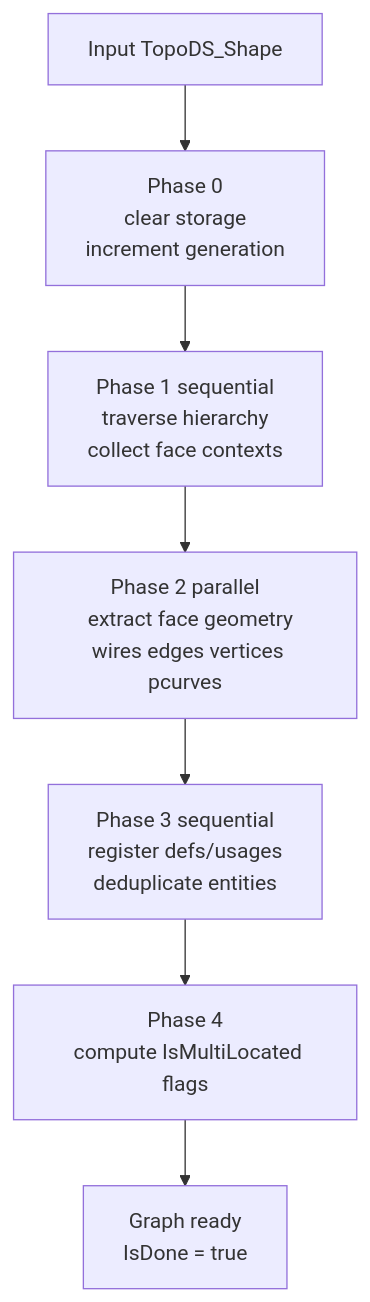
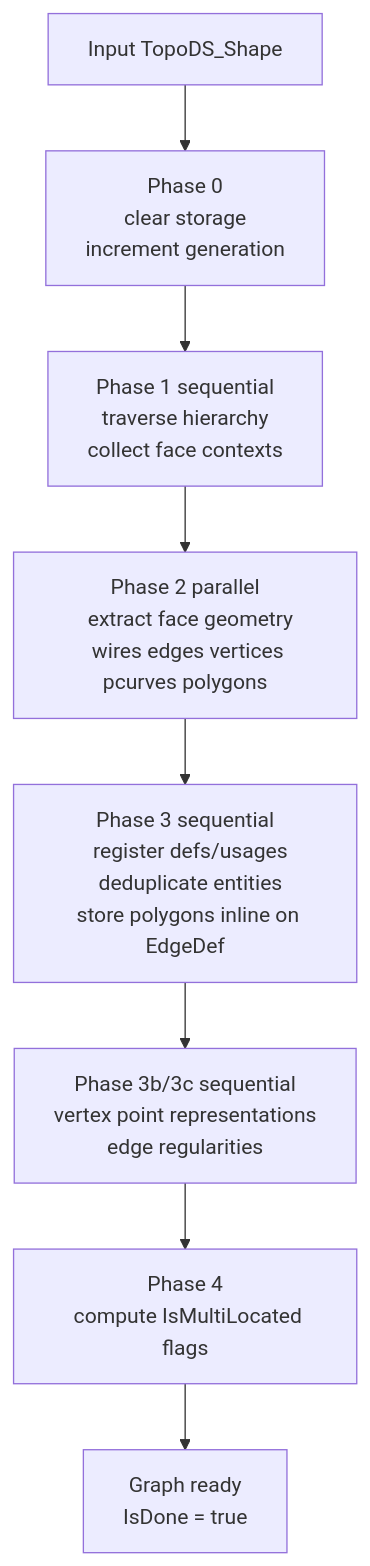
One commit to Open-Cascade-SAS/OCCT changed the third of 5 diagrams in src/ModelingData/TKBRep/BRepGraph/README.md. Above: the diagram before and after it, drawn with Mermaid. The commit also changed other lines of this file, not shown here.

Commit message:
feat(BRepGraph): Enhance geometry representation by storing polygon data inline on EdgeDef entries

````diff
--- a/src/ModelingData/TKBRep/BRepGraph/README.md
+++ b/src/ModelingData/TKBRep/BRepGraph/README.md
@@ -152,22 +153,26 @@
 ```mermaid
 flowchart TB
   S[Input TopoDS_Shape]
   P0[Phase 0
   clear storage
   increment generation]
   P1[Phase 1 sequential
   traverse hierarchy
   collect face contexts]
   P2[Phase 2 parallel
   extract face geometry
-  wires edges vertices pcurves]
+  wires edges vertices pcurves polygons]
   P3[Phase 3 sequential
   register defs/usages
-  deduplicate entities]
+  deduplicate entities
+  store polygons inline on EdgeDef]
+  P3b[Phase 3b/3c sequential
+  vertex point representations
+  edge regularities]
   P4[Phase 4
   compute IsMultiLocated flags]
   O[Graph ready
   IsDone = true]
 
-  S --> P0 --> P1 --> P2 --> P3 --> P4 --> O
+  S --> P0 --> P1 --> P2 --> P3 --> P3b --> P4 --> O
 ```
````
